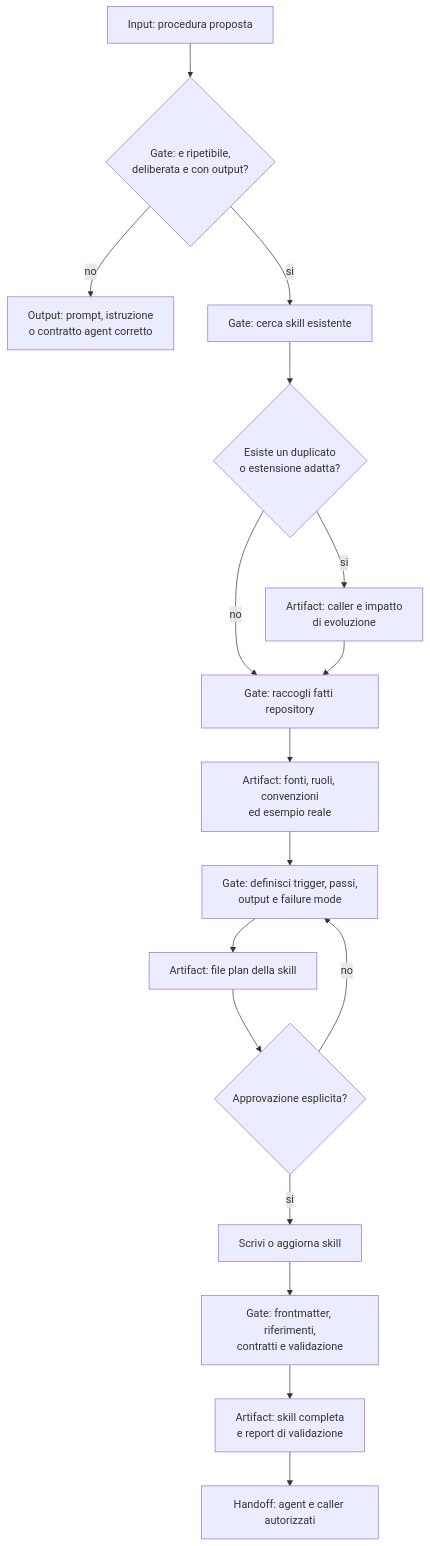
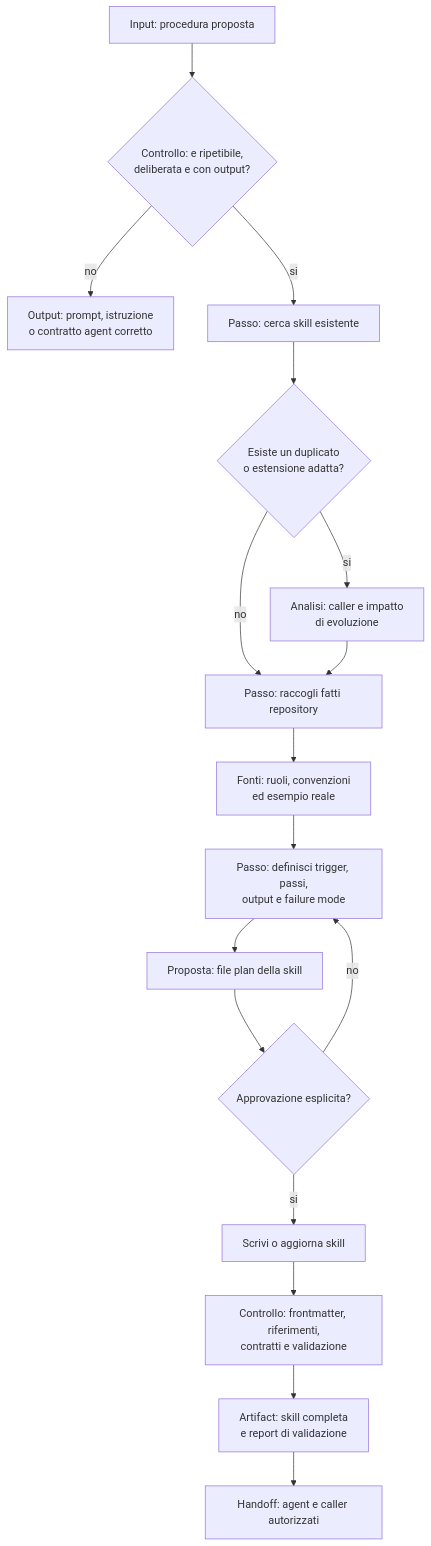
Before and after one commit to violabg/agentic-system-lessons: the diagram in role-maps/skills/author-repo-skill.md, drawn with Mermaid. The commit also changed other lines of this file and 39 other files, not shown here.

````diff
--- a/role-maps/skills/author-repo-skill.md
+++ b/role-maps/skills/author-repo-skill.md
@@ -15,19 +15,19 @@
 ```mermaid
 flowchart TD
-    Procedure[Input: procedura proposta] --> G0{Gate: e ripetibile,<br/>deliberata e con output?}
+    Procedure[Input: procedura proposta] --> G0{Controllo: e ripetibile,<br/>deliberata e con output?}
     G0 -->|no| Home[Output: prompt, istruzione<br/>o contratto agent corretto]
-    G0 -->|si| G1[Gate: cerca skill esistente]
+    G0 -->|si| G1[Passo: cerca skill esistente]
     G1 --> Duplicate{Esiste un duplicato<br/>o estensione adatta?}
-    Duplicate -->|si| Evolve[Artifact: caller e impatto<br/>di evoluzione]
-    Duplicate -->|no| Gather[Gate: raccogli fatti repository]
+    Duplicate -->|si| Evolve[Analisi: caller e impatto<br/>di evoluzione]
+    Duplicate -->|no| Gather[Passo: raccogli fatti repository]
     Evolve --> Gather
-    Gather --> Facts[Artifact: fonti, ruoli, convenzioni<br/>ed esempio reale]
-    Facts --> Shape[Gate: definisci trigger, passi,<br/>output e failure mode]
-    Shape --> Proposal[Artifact: file plan della skill]
+    Gather --> Facts[Fonti: ruoli, convenzioni<br/>ed esempio reale]
+    Facts --> Shape[Passo: definisci trigger, passi,<br/>output e failure mode]
+    Shape --> Proposal[Proposta: file plan della skill]
     Proposal --> Approval{Approvazione esplicita?}
     Approval -->|no| Shape
     Approval -->|si| Write[Scrivi o aggiorna skill]
-    Write --> Validate[Gate: frontmatter, riferimenti,<br/>contratti e validazione]
+    Write --> Validate[Controllo: frontmatter, riferimenti,<br/>contratti e validazione]
     Validate --> Skill[Artifact: skill completa<br/>e report di validazione]
     Skill --> Handoff[Handoff: agent e caller autorizzati]
 ```
````
